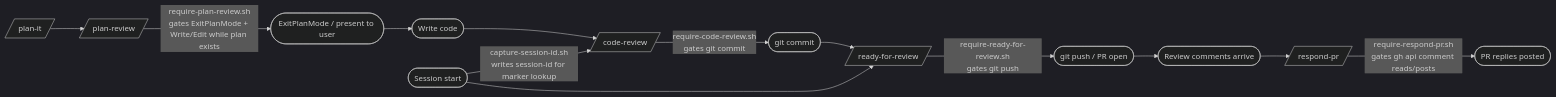
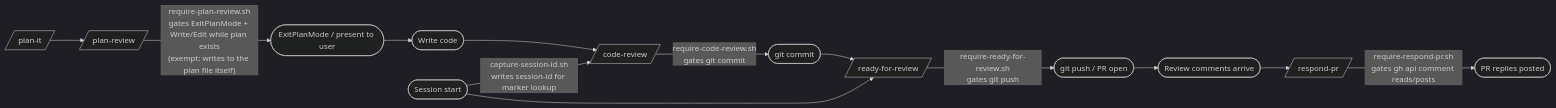
Before and after one commit to jcdendrite/claude-config: the diagram in README.md, drawn with Mermaid (dark theme). The commit also changed other lines of this file and 9 other files, not shown here.

````diff
--- a/README.md
+++ b/README.md
@@ -126,16 +126,16 @@
 ```mermaid
 flowchart LR
     A[/plan-it/] --> B[/plan-review/]
-    B -->|"require-plan-review.sh\ngates ExitPlanMode + Write/Edit while plan exists"| EPM([ExitPlanMode / present to user])
+    B -->|"require-plan-review.sh\ngates ExitPlanMode + Write/Edit while plan exists\n(exempt: writes to the plan file itself)"| EPM([ExitPlanMode / present to user])
     EPM --> C([Write code])
     C --> D[/code-review/]
     D -->|"require-code-review.sh\ngates git commit"| E([git commit])
     E --> F[/ready-for-review/]
     F -->|"require-ready-for-review.sh\ngates git push"| G([git push / PR open])
     G --> H([Review comments arrive])
     H --> I[/respond-pr/]
     I -->|"require-respond-pr.sh\ngates gh api comment reads/posts"| J([PR replies posted])
 
     K([Session start]) -->|"capture-session-id.sh\nwrites session-id for marker lookup"| D
     K --> F
 ```
````
